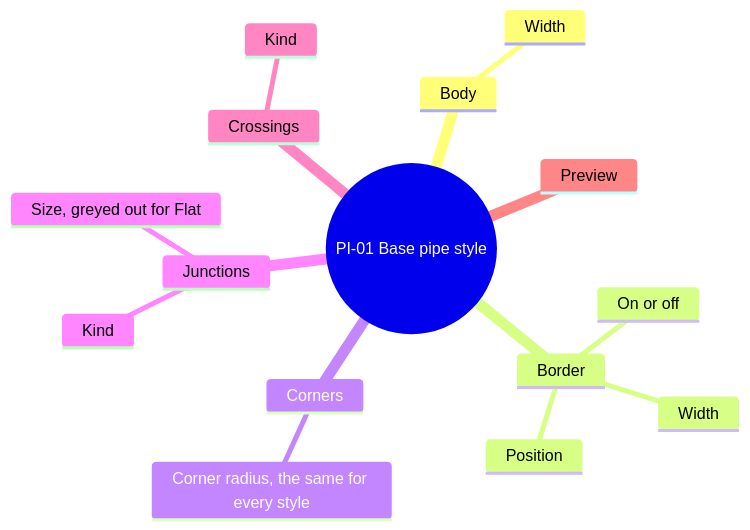
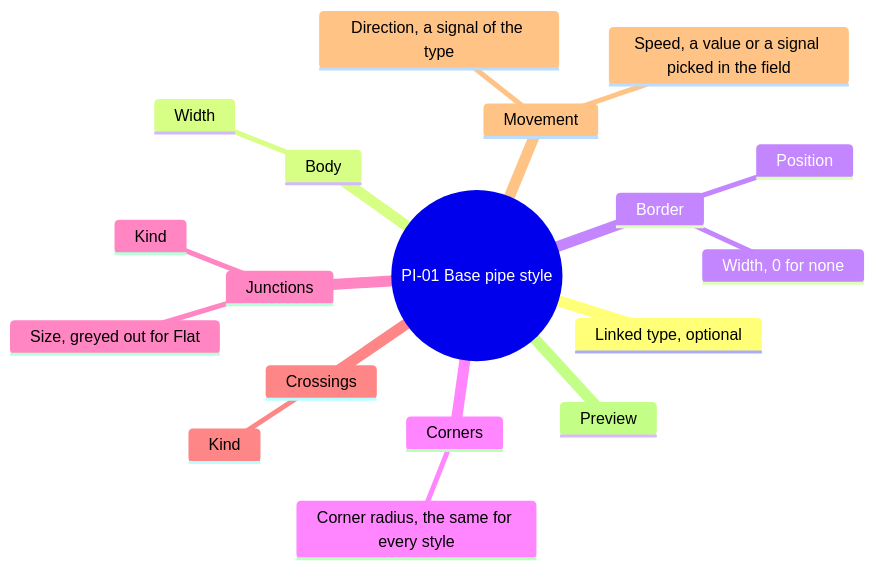
The third of 9 diagrams in screens/pipes.md (AlexandreGallais/synoptic-studio-spec), drawn with Mermaid before and after one commit. The commit also changed other lines of this file and 8 other files, not shown here.

First line of the commit message:
docs(pipes): add linked type to the base, reset overrides, end shape page

````diff
--- a/screens/pipes.md
+++ b/screens/pipes.md
@@ -40,18 +40,21 @@
 ```mermaid
 mindmap
   root((PI-01 Base pipe style))
+    Linked type, optional
     Body
       Width
     Border
-      On or off
-      Width
+      Width, 0 for none
       Position
     Corners
       Corner radius, the same for every style
     Junctions
       Kind
       Size, greyed out for Flat
     Crossings
       Kind
+    Movement
+      Direction, a signal of the type
+      Speed, a value or a signal picked in the field
     Preview
 ```
````
